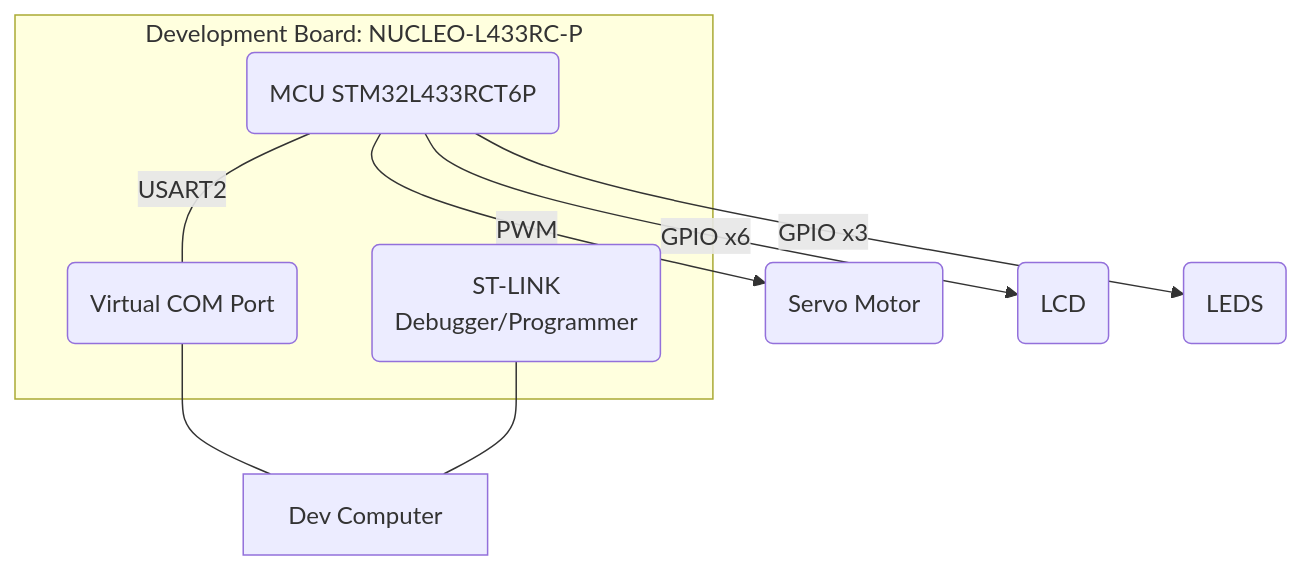
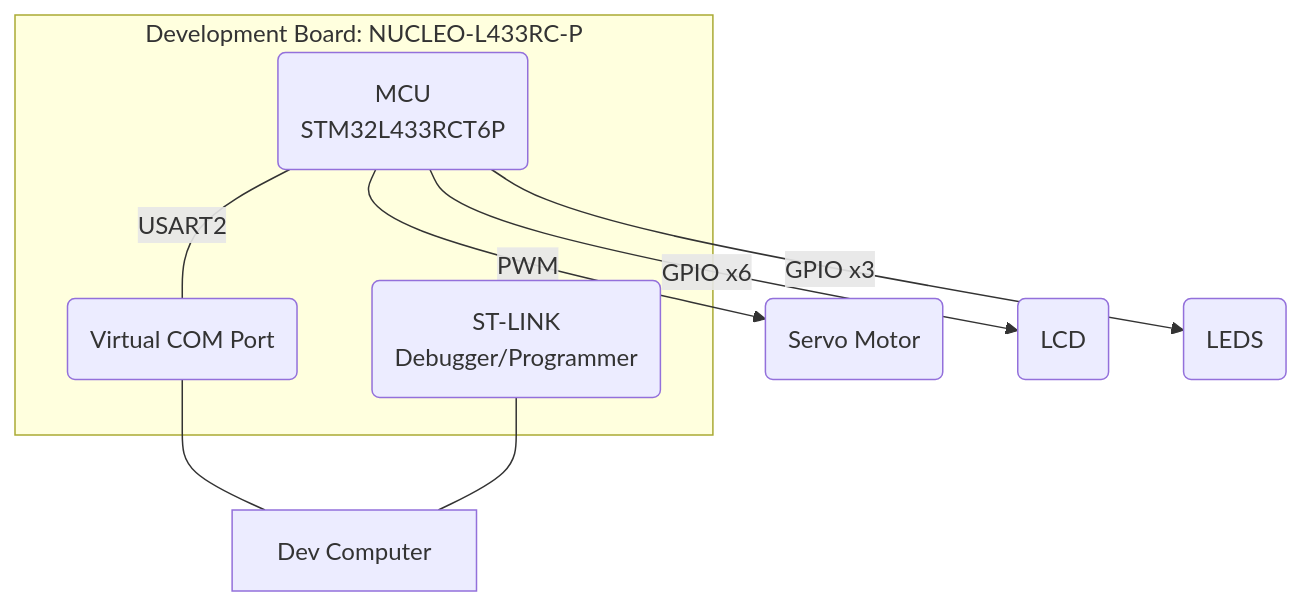
The diagram in README.md (aaronscott072/Servo-Control), drawn with Mermaid before and after one commit. The commit also changed other lines of this file, not shown here.

````diff
--- a/README.md
+++ b/README.md
@@ -21,14 +21,14 @@
 ```mermaid
 graph TD
 subgraph Development Board: NUCLEO-L433RC-P
-    A(MCU STM32L433RCT6P)
+    A(MCU<br/>STM32L433RCT6P)
     B(Virtual COM Port)
     C(ST-LINK<br/>Debugger/Programmer)
 end
 B --- D[Dev Computer]
 C --- D
 A -- PWM --> E(Servo Motor)
 A -- GPIO x6 --> F(LCD)
 A -- GPIO x3 --> G(LEDS)
 A -- USART2 --- B
 ```
````
